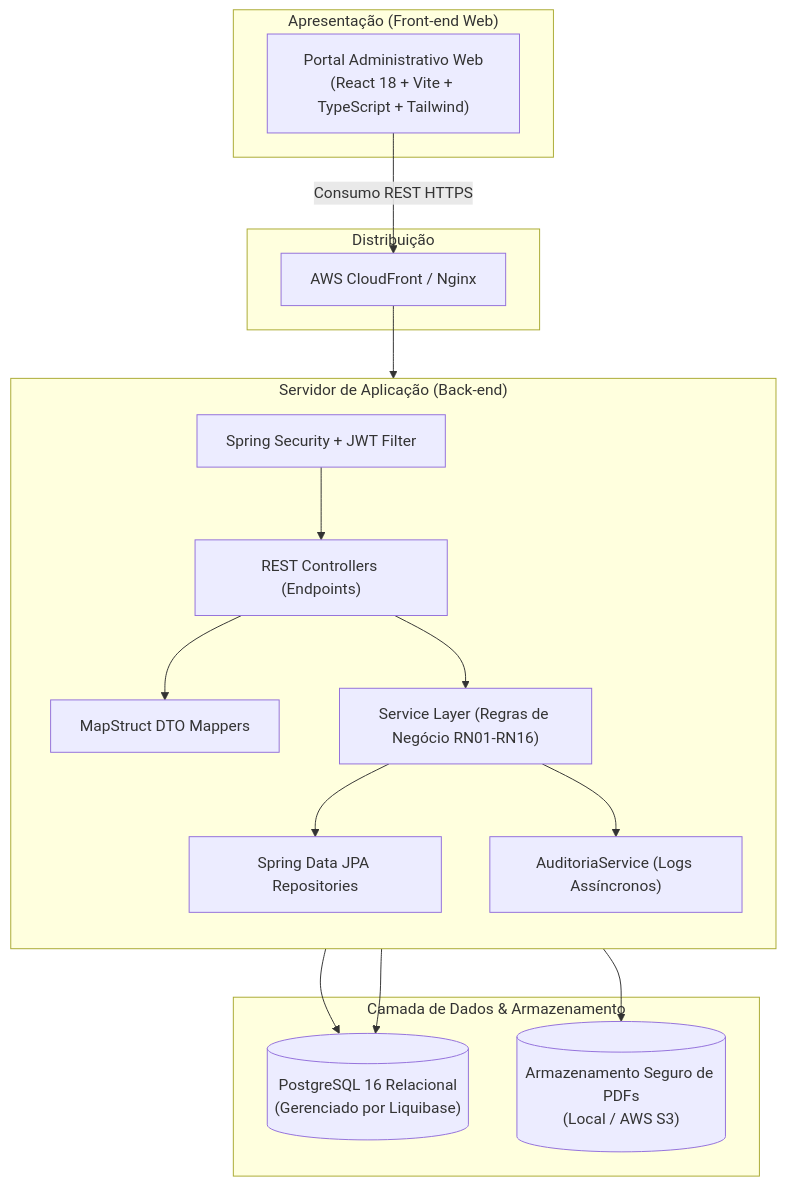
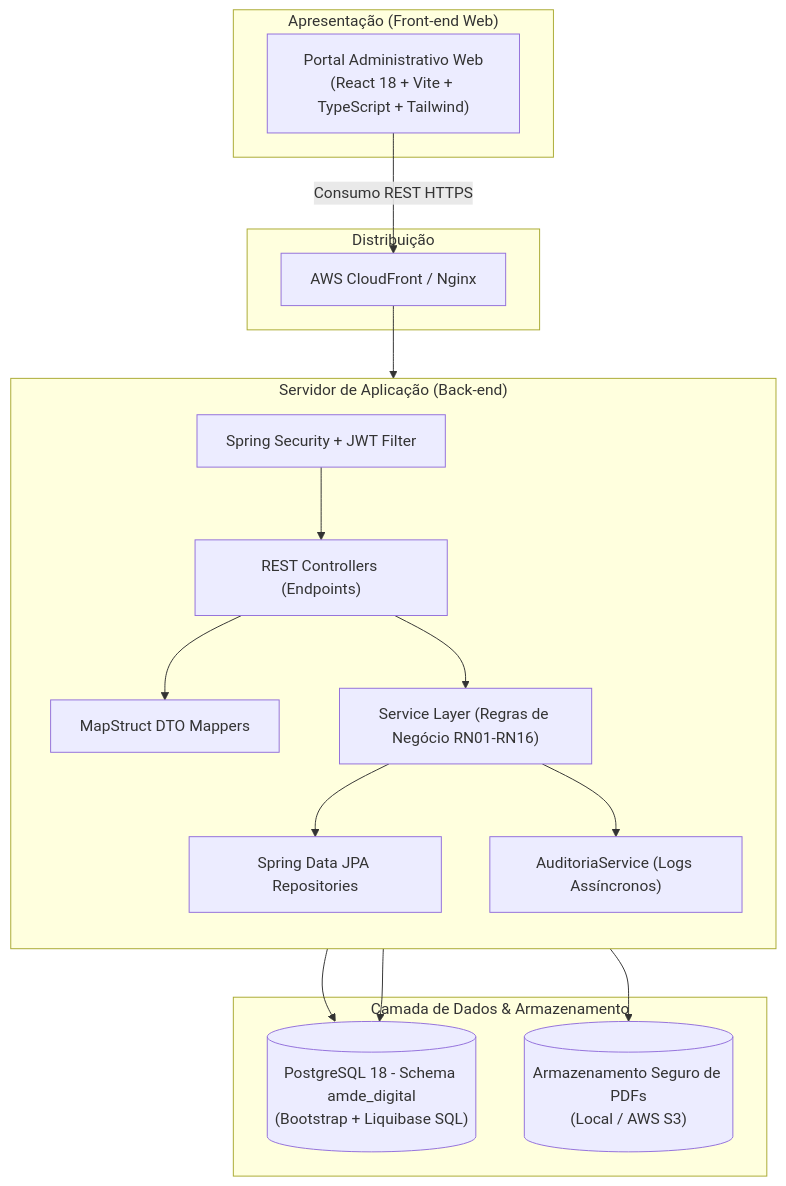
The diagram in .specify/reference/architecture/visao-arquitetural.md (lopxs1/MetodologiaSDD), drawn with Mermaid before and after one commit. The commit also changed other lines of this file and 23 other files, not shown here.

First line of the commit message:
feat(db,sdd)!: adequa modelagem, specs e infra às diretrizes PostgreSQL 18

````diff
--- a/.specify/reference/architecture/visao-arquitetural.md
+++ b/.specify/reference/architecture/visao-arquitetural.md
@@ -13,36 +13,36 @@
 ```mermaid
 flowchart TD
     subgraph Clientes ["Apresentação (Front-end Web)"]
         UI["Portal Administrativo Web<br/>(React 18 + Vite + TypeScript + Tailwind)"]
     end
 
     subgraph CDN ["Distribuição"]
         CF["AWS CloudFront / Nginx"]
     end
 
     subgraph Backend ["Servidor de Aplicação (Back-end)"]
         direction TB
         GATE["Spring Security + JWT Filter"]
         CTRL["REST Controllers (Endpoints)"]
         SRV["Service Layer (Regras de Negócio RN01-RN16)"]
         MAP["MapStruct DTO Mappers"]
         REP["Spring Data JPA Repositories"]
         AUD["AuditoriaService (Logs Assíncronos)"]
     end
 
     subgraph Persistencia ["Camada de Dados & Armazenamento"]
-        PG[("PostgreSQL 16 Relacional<br/>(Gerenciado por Liquibase)")]
+        PG[("PostgreSQL 18 - Schema amde_digital<br/>(Bootstrap + Liquibase SQL)")]
         STORAGE[("Armazenamento Seguro de PDFs<br/>(Local / AWS S3)")]
     end
 
     UI -->|Consumo REST HTTPS| CF
     CF --> GATE
     GATE --> CTRL
     CTRL --> MAP
     CTRL --> SRV
     SRV --> REP
     SRV --> AUD
     SRV --> STORAGE
     REP --> PG
     AUD --> PG
 ```
````
